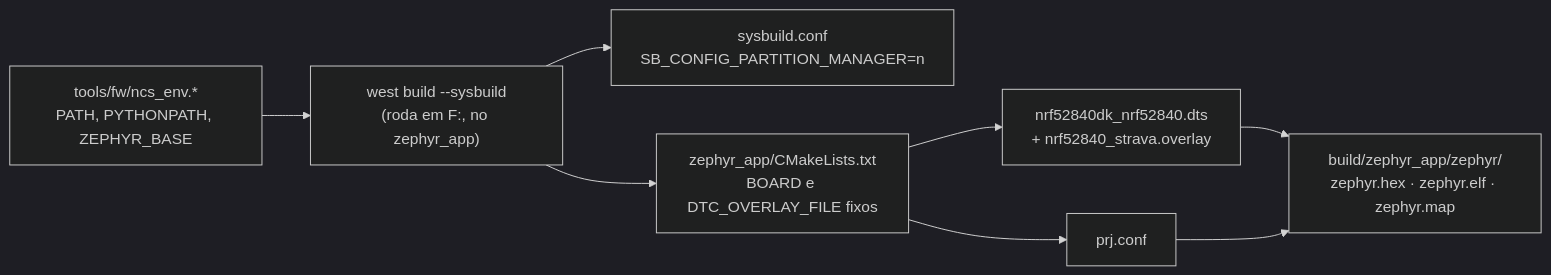
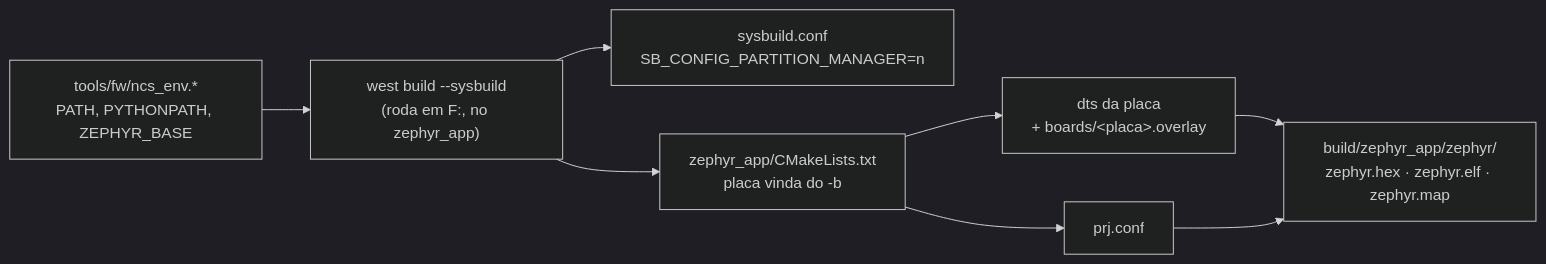
The diagram in .claude/skills/fw-build/SKILL.md (Guiimartinho/gnss-bike-computer), drawn with Mermaid (dark theme) before and after one commit. The commit also changed other lines of this file and 10 other files, not shown here.

First line of the commit message:
build(board): take the board from -b and its overlay by name

````diff
--- a/.claude/skills/fw-build/SKILL.md
+++ b/.claude/skills/fw-build/SKILL.md
@@ -39,10 +39,10 @@
 ```mermaid
 flowchart LR
     ENV["tools/fw/ncs_env.*<br/>PATH, PYTHONPATH, ZEPHYR_BASE"] --> WEST["west build --sysbuild<br/>(roda em F:, no zephyr_app)"]
     WEST --> SB["sysbuild.conf<br/>SB_CONFIG_PARTITION_MANAGER=n"]
-    WEST --> CM["zephyr_app/CMakeLists.txt<br/>BOARD e DTC_OVERLAY_FILE fixos"]
-    CM --> DTS["nrf52840dk_nrf52840.dts<br/>+ nrf52840_strava.overlay"]
+    WEST --> CM["zephyr_app/CMakeLists.txt<br/>placa vinda do -b"]
+    CM --> DTS["dts da placa<br/>+ boards/&lt;placa&gt;.overlay"]
     CM --> KC["prj.conf"]
     DTS --> OUT["build/zephyr_app/zephyr/<br/>zephyr.hex · zephyr.elf · zephyr.map"]
     KC --> OUT
 ```
````
